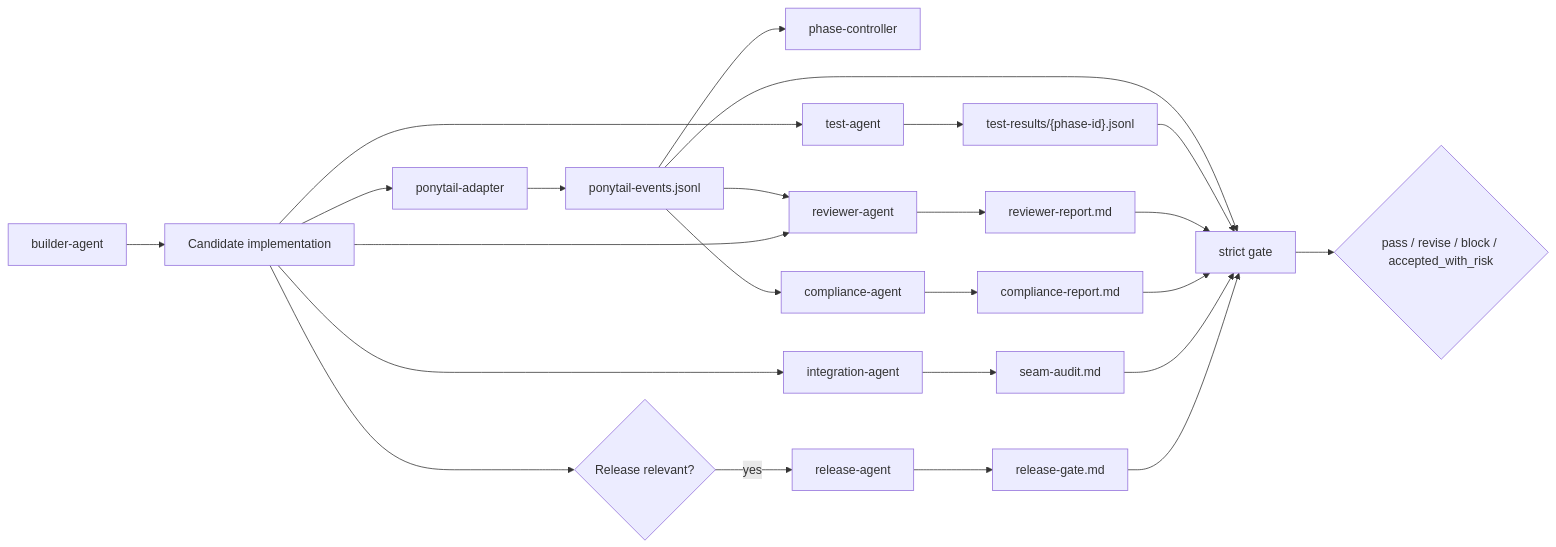
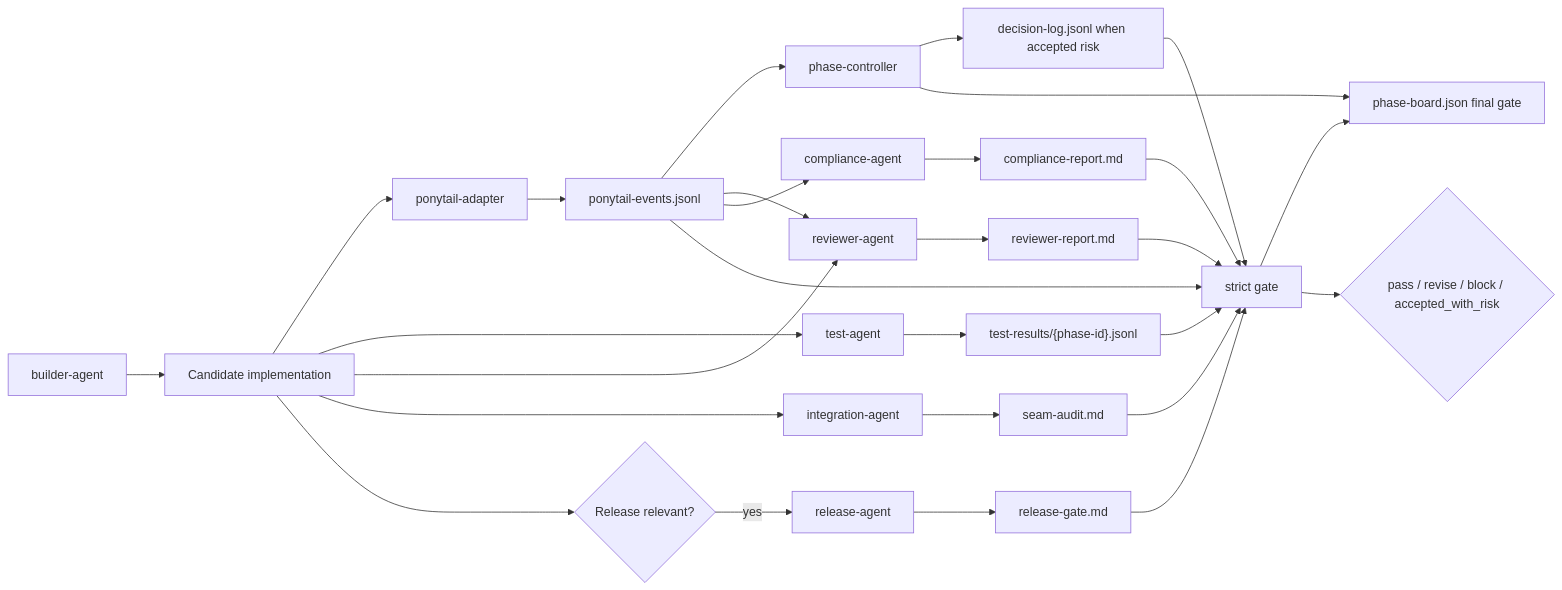
The second of 4 diagrams in projects/builder-team-qc/plugin/docs/orchestration-diagram.md (randy-aloop/everythingcodex), drawn with Mermaid before and after one commit. The commit also changed other lines of this file and 6 other files, not shown here.

````diff
--- a/projects/builder-team-qc/plugin/docs/orchestration-diagram.md
+++ b/projects/builder-team-qc/plugin/docs/orchestration-diagram.md
@@ -56,31 +62,35 @@
 ```mermaid
 flowchart LR
     B["builder-agent"] --> CHANGE["Candidate implementation"]
     CHANGE --> PT["ponytail-adapter"]
     PT --> PONY["ponytail-events.jsonl"]
 
     PONY --> PC["phase-controller"]
     PONY --> R["reviewer-agent"]
     PONY --> CMP["compliance-agent"]
 
     CHANGE --> T["test-agent"]
     CHANGE --> R
     CHANGE --> I["integration-agent"]
     CHANGE --> REL{"Release relevant?"}
     REL -- "yes" --> RA["release-agent"]
 
     T --> TESTS["test-results/{phase-id}.jsonl"]
     R --> REVIEW["reviewer-report.md"]
     CMP --> COMP["compliance-report.md"]
     I --> SEAM["seam-audit.md"]
     RA --> RELEASE["release-gate.md"]
+    PC --> DECISION["decision-log.jsonl when accepted risk"]
+    PC --> BOARD["phase-board.json final gate"]
 
     PONY --> STRICT["strict gate"]
     TESTS --> STRICT
     REVIEW --> STRICT
     COMP --> STRICT
     SEAM --> STRICT
     RELEASE --> STRICT
+    DECISION --> STRICT
+    STRICT --> BOARD
 
     STRICT --> OUT{"pass / revise / block / accepted_with_risk"}
 ```
````
